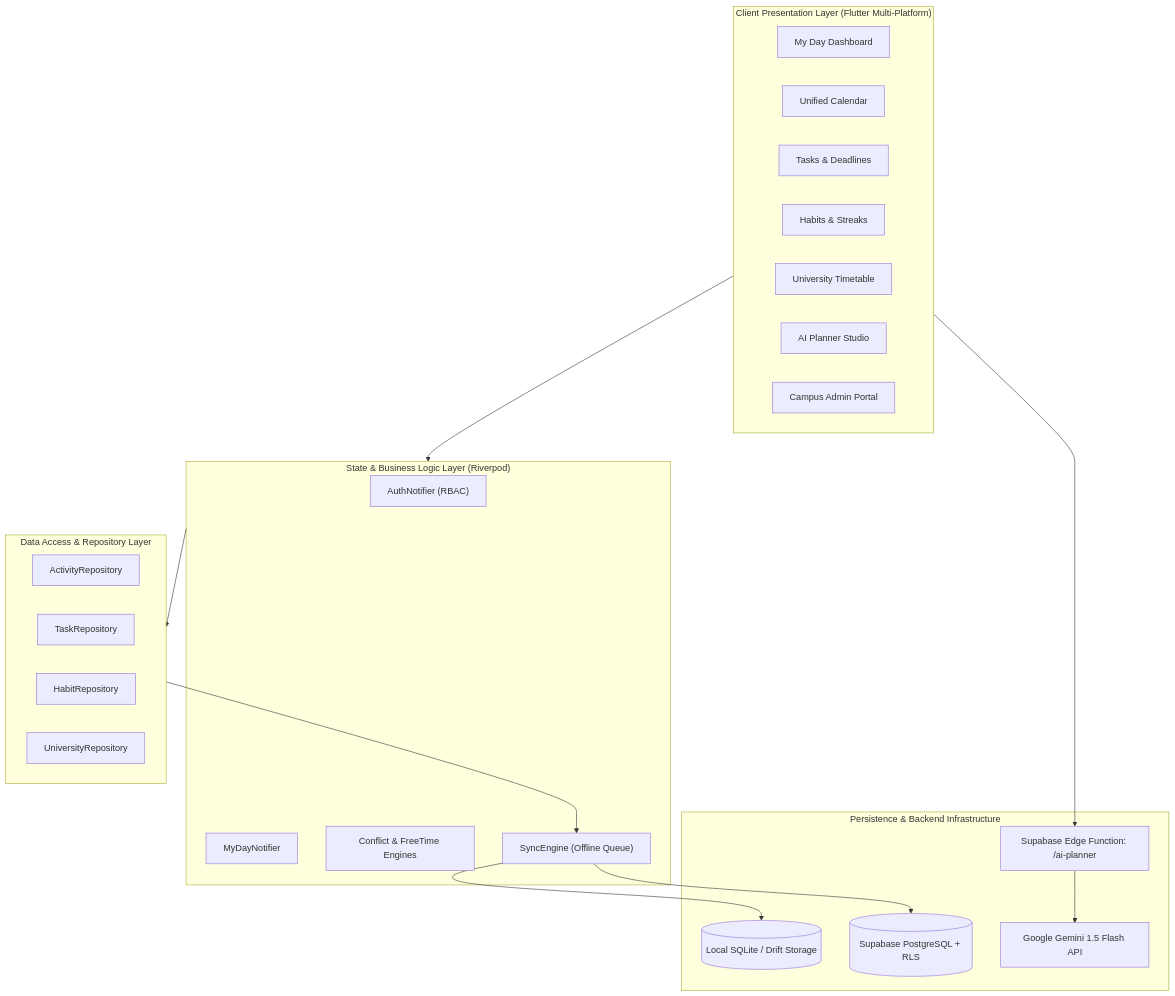
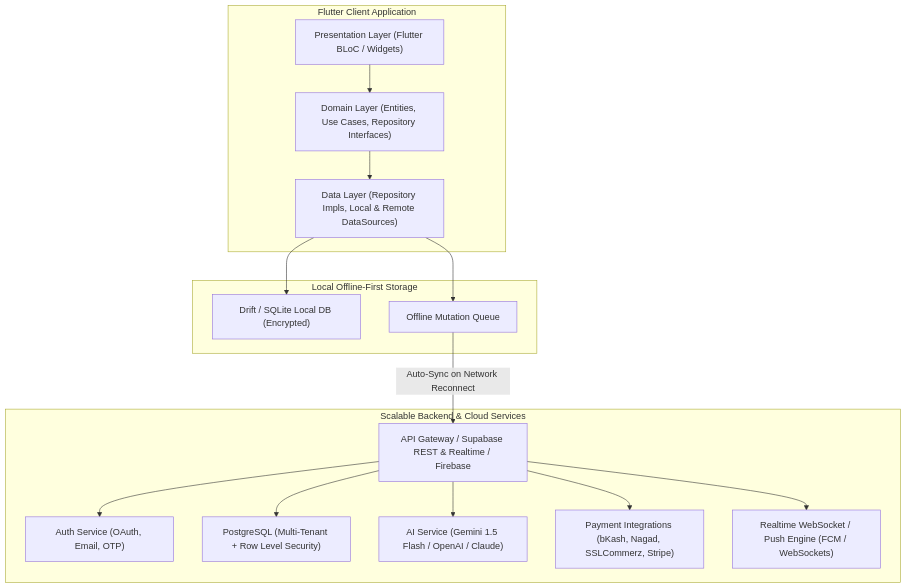
Before and after one commit to Ti838/RoutineFlow-App: the third of 4 diagrams in README.md, drawn with Mermaid. The commit also changed other lines of this file and 4 other files, not shown here.

Commit message:
docs: clean conflict markers, update professional architecture blueprint, PRD, SRS, and integration guide

````diff
--- a/README.md
+++ b/README.md
@@ -78,41 +135,33 @@
 ```mermaid
 graph TB
-    subgraph ClientLayer ["Client Presentation Layer (Flutter Multi-Platform)"]
-        UI_MyDay["My Day Dashboard"]
-        UI_Cal["Unified Calendar"]
-        UI_Tasks["Tasks & Deadlines"]
-        UI_Habits["Habits & Streaks"]
-        UI_Univ["University Timetable"]
-        UI_AI["AI Planner Studio"]
-        UI_Admin["Campus Admin Portal"]
+    subgraph Client Layer [Flutter Client Application]
+        UI["Presentation Layer (Flutter BLoC / Widgets)"]
+        Domain["Domain Layer (Entities, Use Cases, Repository Interfaces)"]
+        Data["Data Layer (Repository Impls, Local & Remote DataSources)"]
     end
 
-    subgraph StateLayer ["State & Business Logic Layer (Riverpod)"]
-        Provider_Auth["AuthNotifier (RBAC)"]
-        Provider_Day["MyDayNotifier"]
-        Provider_Engine["Conflict & FreeTime Engines"]
-        Provider_Sync["SyncEngine (Offline Queue)"]
+    subgraph Local Storage [Local Offline-First Storage]
+        DriftDB["Drift / SQLite Local DB (Encrypted)"]
+        SyncQ["Offline Mutation Queue"]
     end
 
-    subgraph DataLayer ["Data Access & Repository Layer"]
-        Repo_Act["ActivityRepository"]
-        Repo_Task["TaskRepository"]
-        Repo_Habit["HabitRepository"]
-        Repo_Univ["UniversityRepository"]
+    subgraph Cloud Infrastructure [Scalable Backend & Cloud Services]
+        Gateway["API Gateway / Supabase REST & Realtime / Firebase"]
+        AuthService["Auth Service (OAuth, Email, OTP)"]
+        RDBMS["PostgreSQL (Multi-Tenant + Row Level Security)"]
+        AIService["AI Service (Gemini 1.5 Flash / OpenAI / Claude)"]
+        PaymentGW["Payment Integrations (bKash, Nagad, SSLCommerz, Stripe)"]
+        WebSocket["Realtime WebSocket / Push Engine (FCM / WebSockets)"]
     end
 
-    subgraph StorageLayer ["Persistence & Backend Infrastructure"]
-        LocalDB[("Local SQLite / Drift Storage")]
-        SupabaseDB[("Supabase PostgreSQL + RLS")]
-        EdgeFn["Supabase Edge Function: /ai-planner"]
-        LLM["Google Gemini 1.5 Flash API"]
-    end
-
-    ClientLayer --> StateLayer
-    StateLayer --> DataLayer
-    DataLayer --> Provider_Sync
-    Provider_Sync --> LocalDB
-    Provider_Sync --> SupabaseDB
-    ClientLayer --> EdgeFn
-    EdgeFn --> LLM
+    UI --> Domain
+    Domain --> Data
+    Data --> DriftDB
+    Data --> SyncQ
+    SyncQ -->|Auto-Sync on Network Reconnect| Gateway
+    Gateway --> AuthService
+    Gateway --> RDBMS
+    Gateway --> AIService
+    Gateway --> PaymentGW
+    Gateway --> WebSocket
 ```
````
